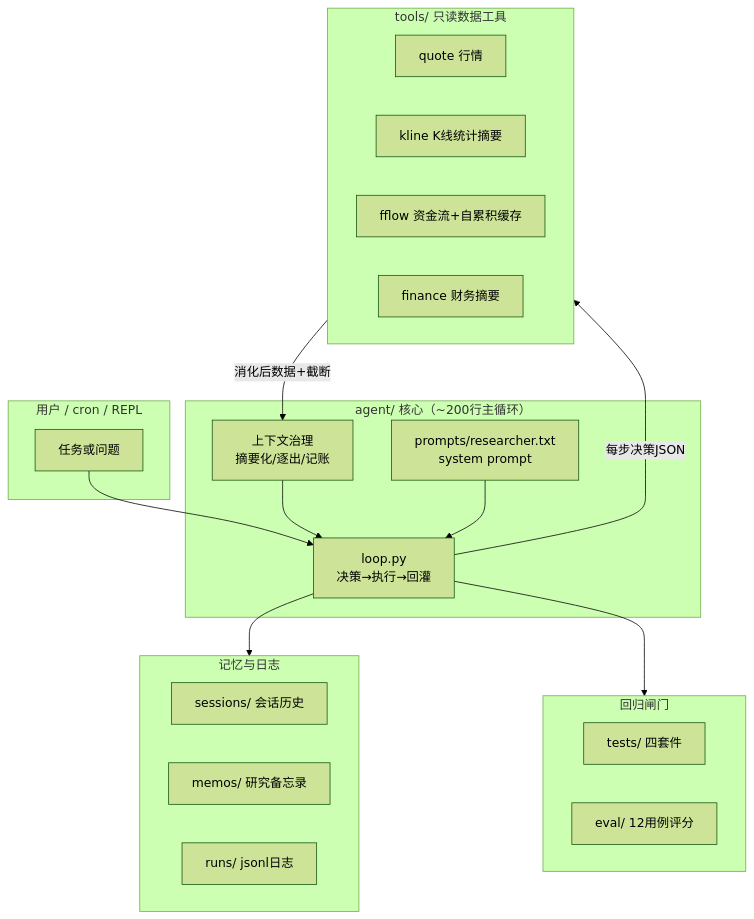
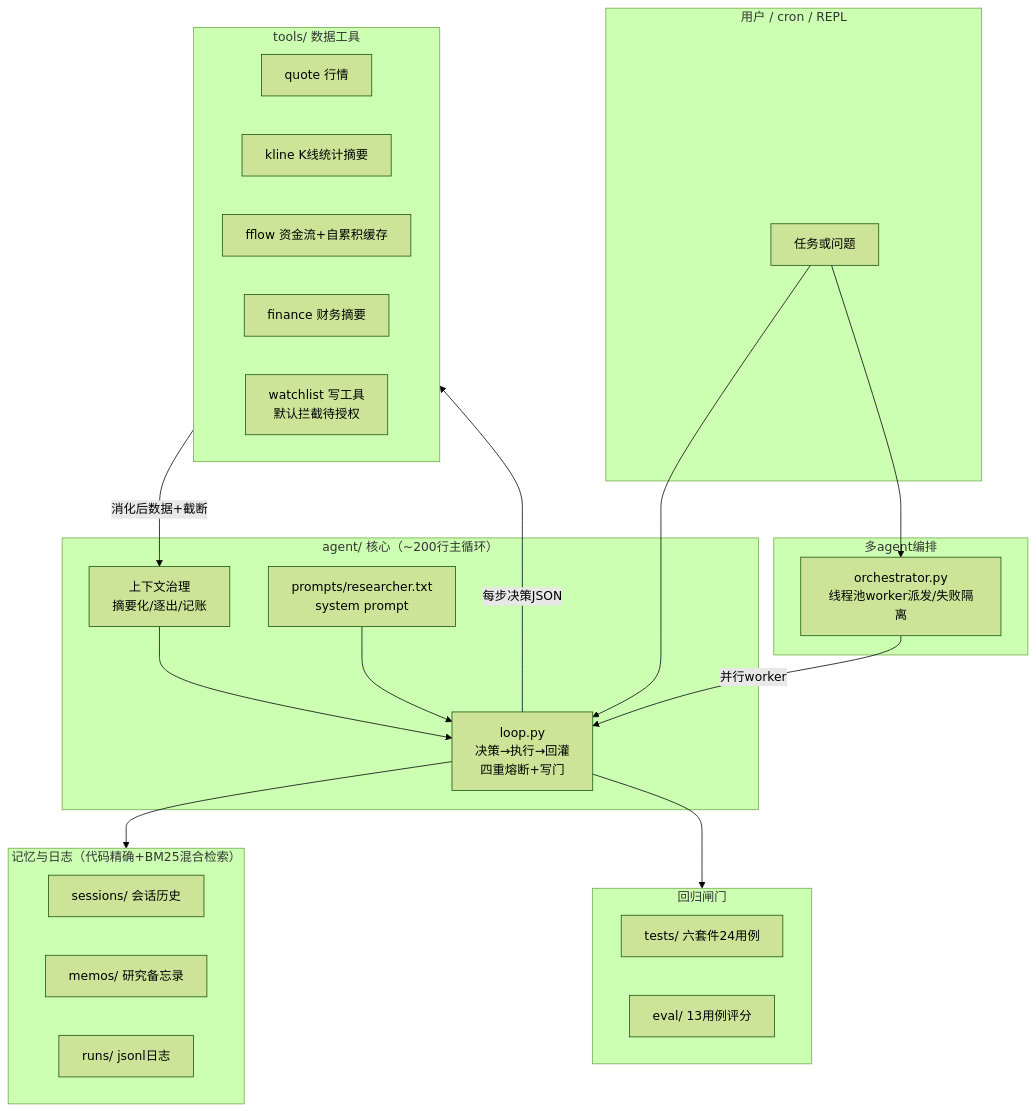
Before and after one commit to Terry20161226/ashare-research-agent: the diagram in README.md, drawn with Mermaid (forest theme). The commit also changed other lines of this file, not shown here.

First line of the commit message:
docs: README全面同步最新代码——六套件测试/13用例评估/五层解析器/多agent架构图/混合检索/写门红线修正

````diff
--- a/README.md
+++ b/README.md
@@ -28,38 +28,45 @@
 ```mermaid
 flowchart TB
     subgraph User["用户 / cron / REPL"]
         T[任务或问题]
     end
 
     subgraph Core["agent/ 核心（~200行主循环）"]
-        L[loop.py<br/>决策→执行→回灌]
+        L[loop.py<br/>决策→执行→回灌<br/>四重熔断+写门]
         C[上下文治理<br/>摘要化/逐出/记账]
         P[prompts/researcher.txt<br/>system prompt]
     end
 
-    subgraph Tools["tools/ 只读数据工具"]
+    subgraph Par["多agent编排"]
+        O[orchestrator.py<br/>线程池worker派发/失败隔离]
+    end
+
+    subgraph Tools["tools/ 数据工具"]
         Q[quote 行情]
         K[kline K线统计摘要]
         F[fflow 资金流+自累积缓存]
         FN[finance 财务摘要]
+        W[watchlist 写工具<br/>默认拦截待授权]
     end
 
-    subgraph Mem["记忆与日志"]
+    subgraph Mem["记忆与日志（代码精确+BM25混合检索）"]
         S[sessions/ 会话历史]
         M[memos/ 研究备忘录]
         R[runs/ jsonl日志]
     end
 
     subgraph Gates["回归闸门"]
-        T1[tests/ 四套件]
-        T2[eval/ 12用例评分]
+        T1[tests/ 六套件24用例]
+        T2[eval/ 13用例评分]
     end
 
     T --> L
+    T --> O
+    O -->|并行worker| L
     L -->|每步决策JSON| Tools
     Tools -->|消化后数据+截断| C
     C --> L
     L --> Mem
     L --> Gates
     P --> L
 ```
````
